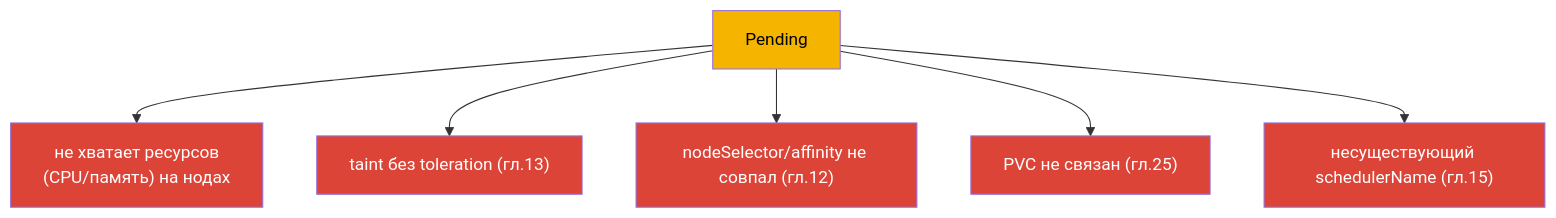
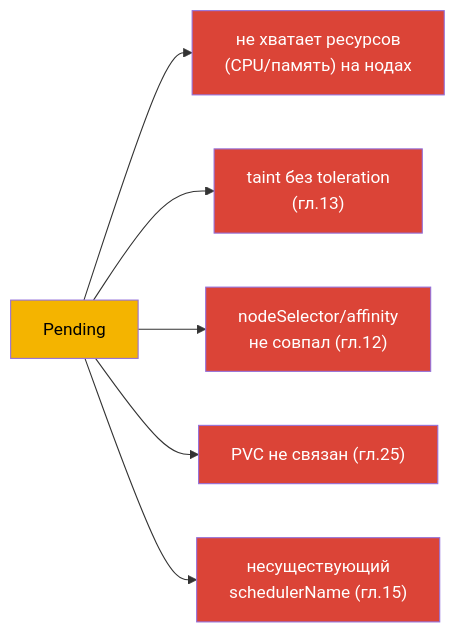
The second of 7 diagrams in tasks/cka/course/44/ru.md (ViktorUJ/cks), drawn with Mermaid before and after one commit. The commit also changed other lines of this file and 30 other files, not shown here.

````diff
--- a/tasks/cka/course/44/ru.md
+++ b/tasks/cka/course/44/ru.md
@@ -32,14 +32,14 @@
 ```mermaid
-flowchart TB
+flowchart LR
     p["Pending"] --> c1["не хватает ресурсов<br>(CPU/память) на нодах"]
-    p --> c2["taint без toleration (гл.13)"]
-    p --> c3["nodeSelector/affinity не совпал (гл.12)"]
+    p --> c2["taint без toleration<br>(гл.13)"]
+    p --> c3["nodeSelector/affinity<br>не совпал (гл.12)"]
     p --> c4["PVC не связан (гл.25)"]
-    p --> c5["несуществующий schedulerName (гл.15)"]
+    p --> c5["несуществующий<br>schedulerName (гл.15)"]
     style p fill:#f4b400,color:#000
     style c1 fill:#db4437,color:#fff
     style c2 fill:#db4437,color:#fff
     style c3 fill:#db4437,color:#fff
     style c4 fill:#db4437,color:#fff
     style c5 fill:#db4437,color:#fff
 ```
````
